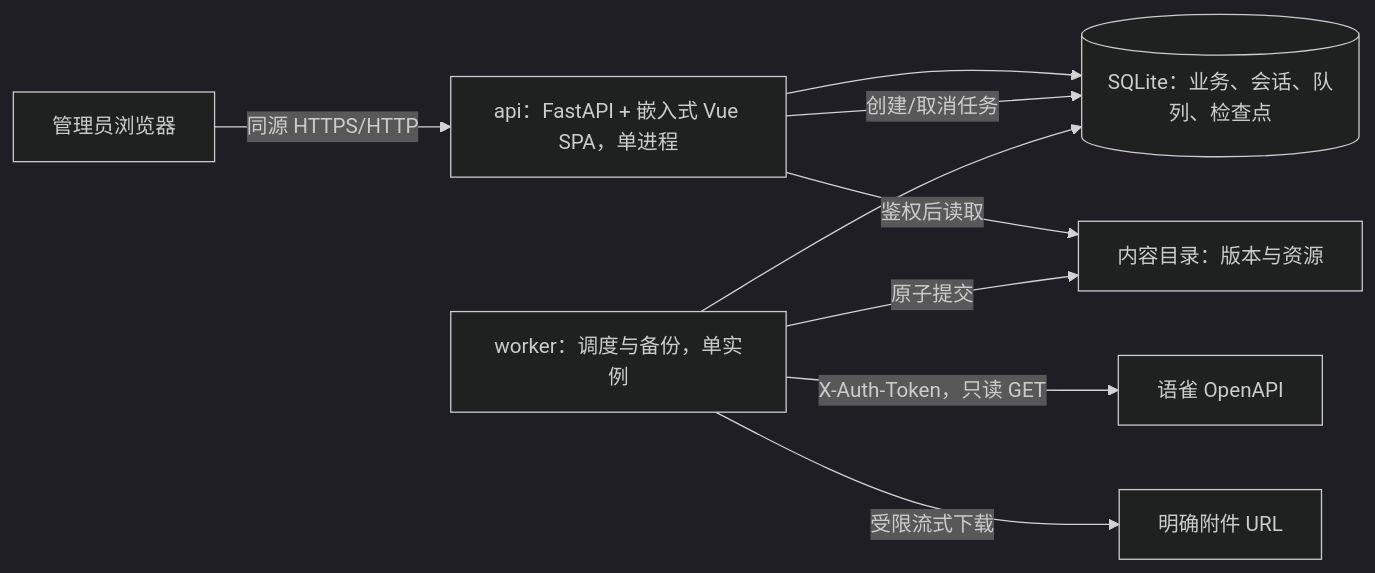
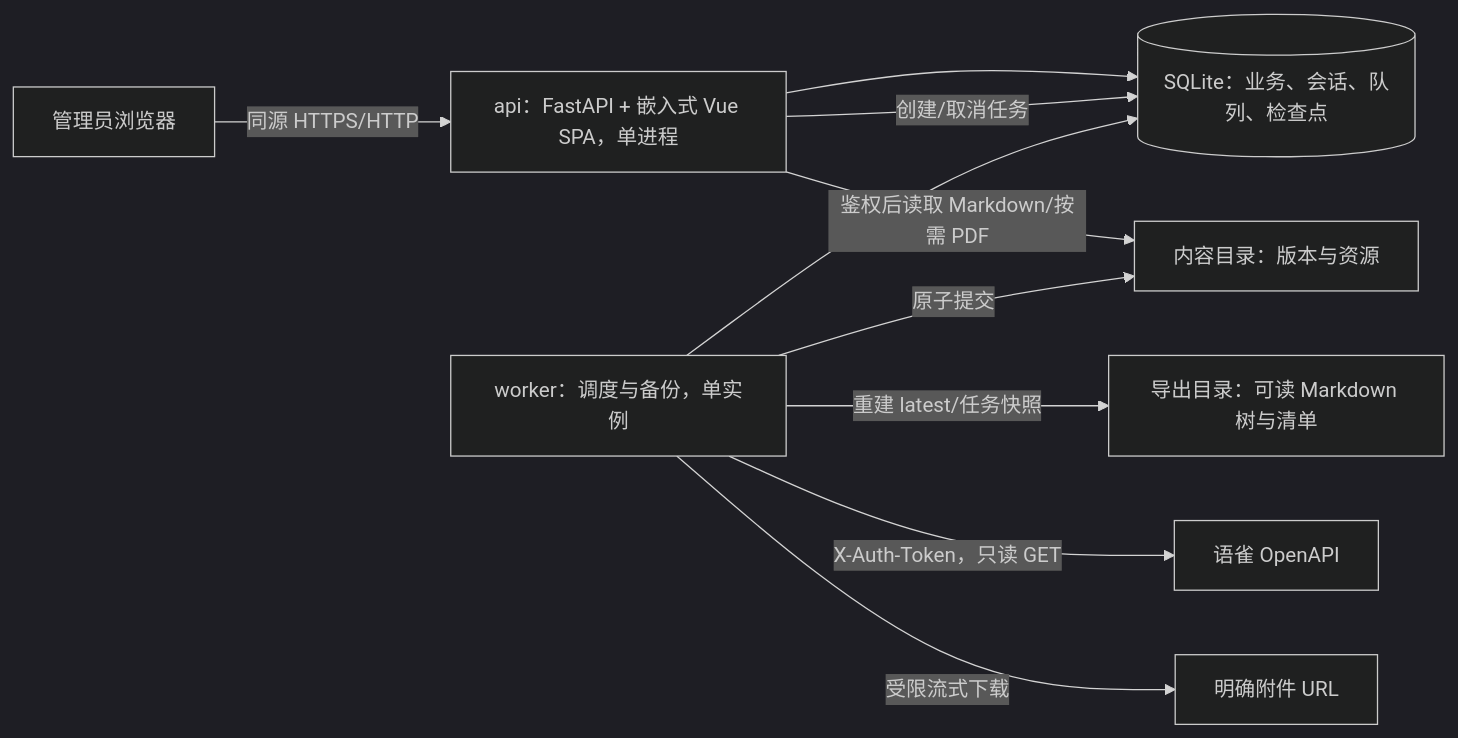
Before and after one commit to Im-oldxu/yuque_backup: the diagram in 技术方案文档.md, drawn with Mermaid (dark theme). The commit also changed other lines of this file and 56 other files, not shown here.

````diff
--- a/技术方案文档.md
+++ b/技术方案文档.md
@@ -77,11 +79,12 @@
 ```mermaid
 flowchart LR
     B["管理员浏览器"] -->|"同源 HTTPS/HTTP"| A["api：FastAPI + 嵌入式 Vue SPA，单进程"]
     A --> DB[("SQLite：业务、会话、队列、检查点")]
-    A -->|"鉴权后读取"| FS["内容目录：版本与资源"]
+    A -->|"鉴权后读取 Markdown/按需 PDF"| FS["内容目录：版本与资源"]
     A -->|"创建/取消任务"| DB
     K["worker：调度与备份，单实例"] --> DB
     K -->|"原子提交"| FS
+    K -->|"重建 latest/任务快照"| EX["导出目录：可读 Markdown 树与清单"]
     K -->|"X-Auth-Token，只读 GET"| Y["语雀 OpenAPI"]
     K -->|"受限流式下载"| R["明确附件 URL"]
 ```
````
